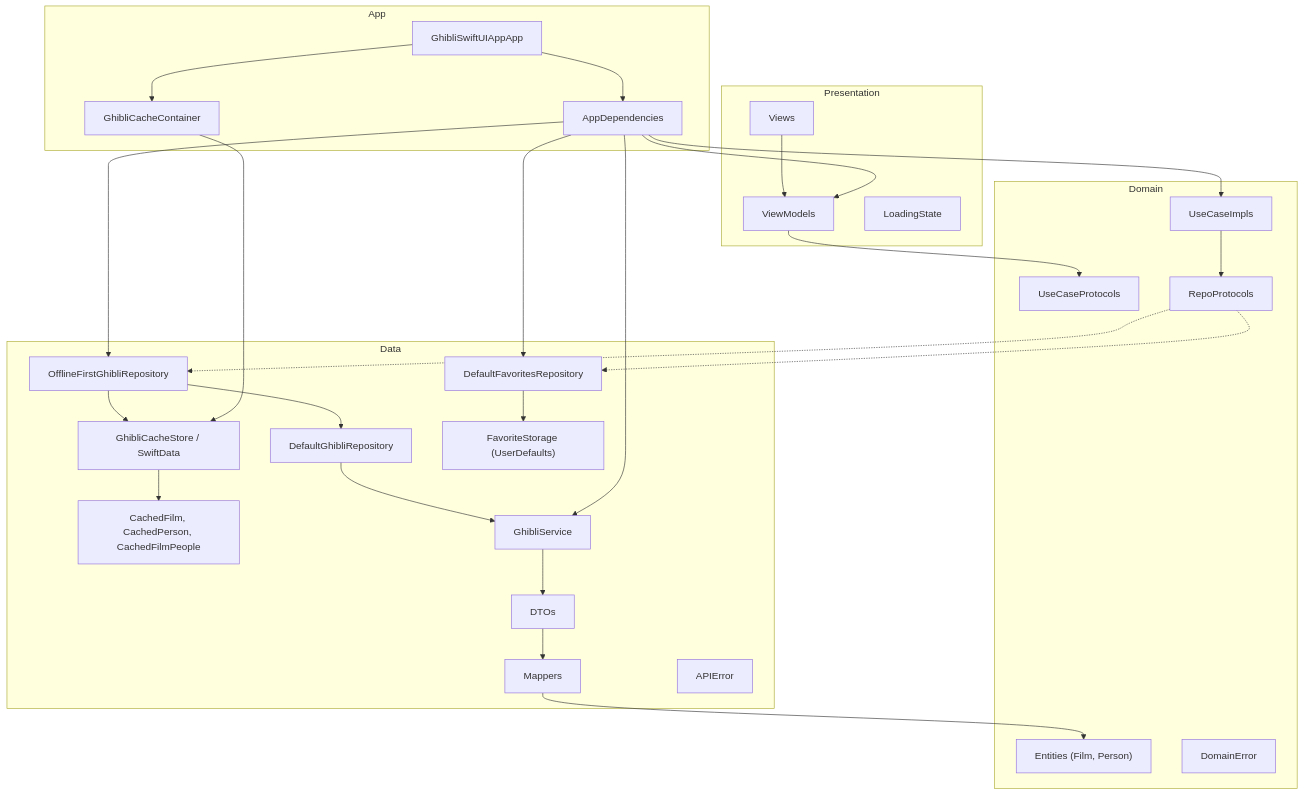
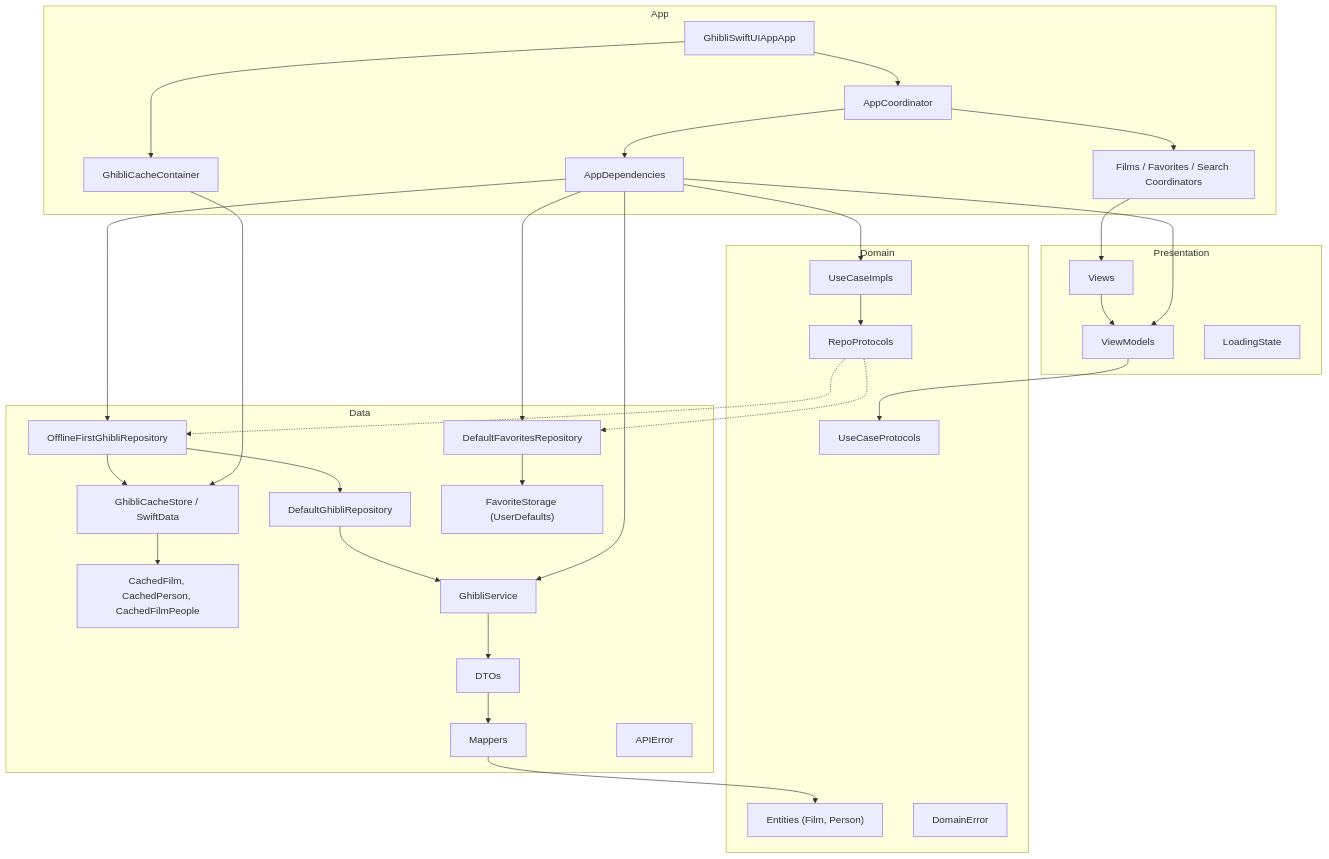
The first of 3 diagrams in README.md (karimelbahi/GhibliSwiftUIApp), drawn with Mermaid before and after one commit. The commit also changed other lines of this file, not shown here.

First line of the commit message:
Document coordinator navigation and layered test structure in README.

````diff
--- a/README.md
+++ b/README.md
@@ -24,57 +25,62 @@
 ```mermaid
 flowchart TB
     subgraph Presentation
         Views
         ViewModels
         LoadingState
     end
 
     subgraph Domain
         Entities["Entities (Film, Person)"]
         UseCaseProtocols
         UseCaseImpls
         RepoProtocols
         DomainError
     end
 
     subgraph Data
         OfflineRepo["OfflineFirstGhibliRepository"]
         RemoteRepo["DefaultGhibliRepository"]
         FavoritesRepo["DefaultFavoritesRepository"]
         CacheStore["GhibliCacheStore / SwiftData"]
         SwiftDataModels["CachedFilm, CachedPerson, CachedFilmPeople"]
         Services["GhibliService"]
         DTOs
         Mappers
         FavoriteStorage["FavoriteStorage (UserDefaults)"]
         APIError
     end
 
     subgraph App
         AppEntry["GhibliSwiftUIAppApp"]
         CacheContainer["GhibliCacheContainer"]
         AppDependencies
+        AppCoordinator
+        TabCoordinators["Films / Favorites / Search Coordinators"]
     end
 
     Views --> ViewModels
     ViewModels --> UseCaseProtocols
     UseCaseImpls --> RepoProtocols
     RepoProtocols -.-> OfflineRepo
     RepoProtocols -.-> FavoritesRepo
     OfflineRepo --> CacheStore
     OfflineRepo --> RemoteRepo
     CacheStore --> SwiftDataModels
     RemoteRepo --> Services
     FavoritesRepo --> FavoriteStorage
     Services --> DTOs
     DTOs --> Mappers
     Mappers --> Entities
     AppEntry --> CacheContainer
-    AppEntry --> AppDependencies
+    AppEntry --> AppCoordinator
+    AppCoordinator --> AppDependencies
+    AppCoordinator --> TabCoordinators
+    TabCoordinators --> Views
     AppDependencies --> ViewModels
     AppDependencies --> UseCaseImpls
     AppDependencies --> OfflineRepo
     AppDependencies --> FavoritesRepo
     AppDependencies --> Services
     CacheContainer --> CacheStore
 ```
````
